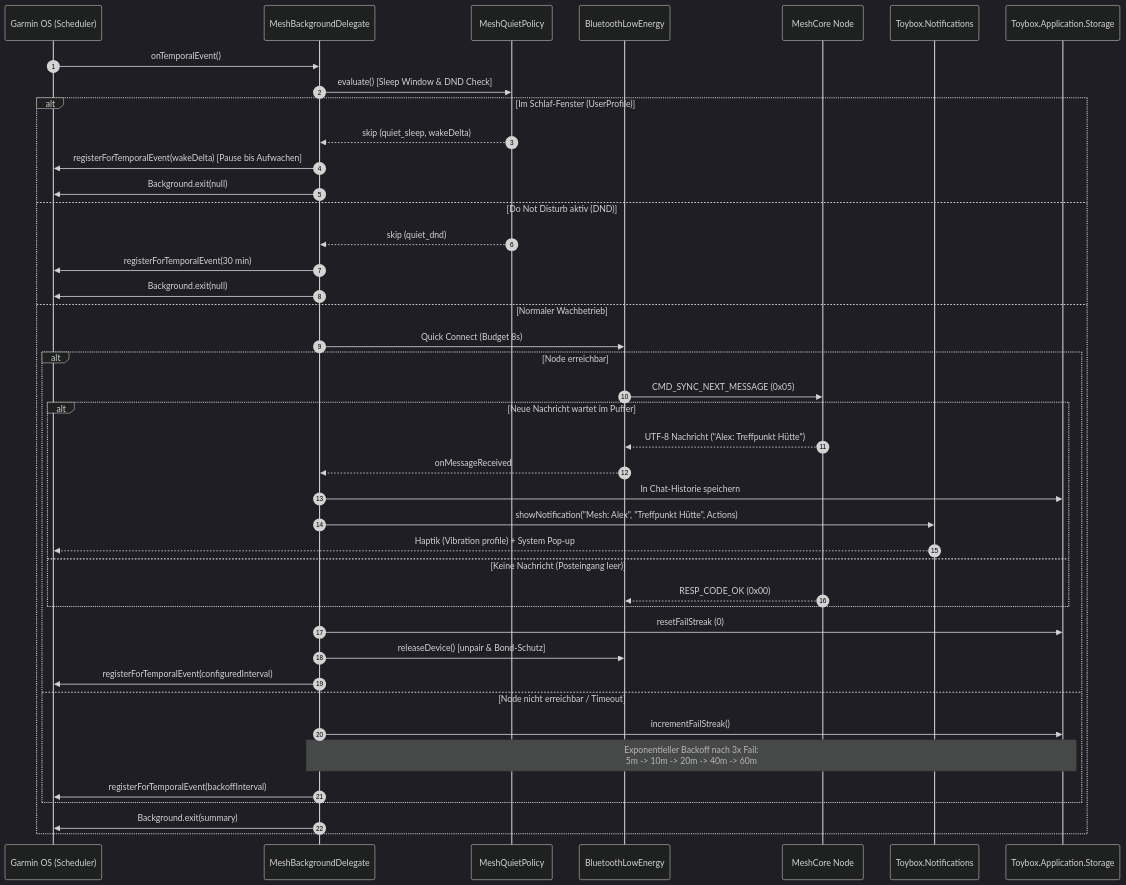
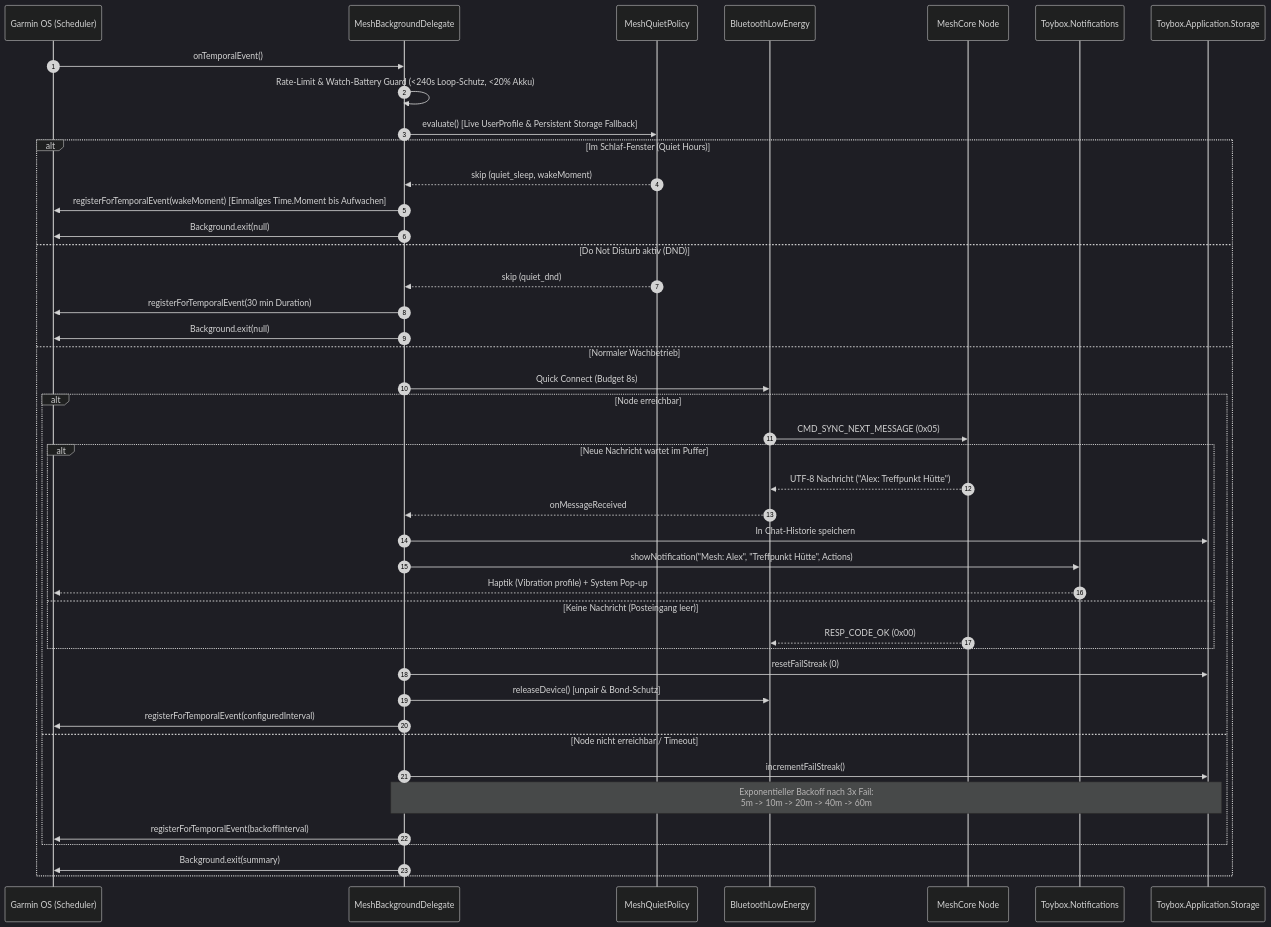
One commit to cybye/ComOn changed the third of 6 diagrams in docs/architecture_arc42.md. Above: the diagram before and after it, drawn with Mermaid (dark theme). The commit also changed other lines of this file and 14 other files, not shown here.

````diff
--- a/docs/architecture_arc42.md
+++ b/docs/architecture_arc42.md
@@ -169,45 +169,46 @@
 ```mermaid
 sequenceDiagram
     autonumber
     participant OS as Garmin OS (Scheduler)
     participant BG as MeshBackgroundDelegate
     participant QP as MeshQuietPolicy
     participant BLE as BluetoothLowEnergy
     participant Node as MeshCore Node
     participant Notif as Toybox.Notifications
     participant Stor as Toybox.Application.Storage
 
     OS->>BG: onTemporalEvent()
-    BG->>QP: evaluate() [Sleep Window & DND Check]
-    alt Im Schlaf-Fenster (UserProfile)
-        QP-->>BG: skip (quiet_sleep, wakeDelta)
-        BG->>OS: registerForTemporalEvent(wakeDelta) [Pause bis Aufwachen]
+    BG->>BG: Rate-Limit & Watch-Battery Guard (<240s Loop-Schutz, <20% Akku)
+    BG->>QP: evaluate() [Live UserProfile & Persistent Storage Fallback]
+    alt Im Schlaf-Fenster (Quiet Hours)
+        QP-->>BG: skip (quiet_sleep, wakeMoment)
+        BG->>OS: registerForTemporalEvent(wakeMoment) [Einmaliges Time.Moment bis Aufwachen]
         BG->>OS: Background.exit(null)
     else Do Not Disturb aktiv (DND)
         QP-->>BG: skip (quiet_dnd)
-        BG->>OS: registerForTemporalEvent(30 min)
+        BG->>OS: registerForTemporalEvent(30 min Duration)
         BG->>OS: Background.exit(null)
     else Normaler Wachbetrieb
         BG->>BLE: Quick Connect (Budget 8s)
         alt Node erreichbar
             BLE->>Node: CMD_SYNC_NEXT_MESSAGE (0x05)
             alt Neue Nachricht wartet im Puffer
                 Node-->>BLE: UTF-8 Nachricht ("Alex: Treffpunkt Hütte")
                 BLE-->>BG: onMessageReceived
                 BG->>Stor: In Chat-Historie speichern
                 BG->>Notif: showNotification("Mesh: Alex", "Treffpunkt Hütte", Actions)
                 Notif-->>OS: Haptik (Vibration profile) + System Pop-up
             else Keine Nachricht (Posteingang leer)
                 Node-->>BLE: RESP_CODE_OK (0x00)
             end
             BG->>Stor: resetFailStreak (0)
             BG->>BLE: releaseDevice() [unpair & Bond-Schutz]
             BG->>OS: registerForTemporalEvent(configuredInterval)
         else Node nicht erreichbar / Timeout
             BG->>Stor: incrementFailStreak()
             Note over BG,Stor: Exponentieller Backoff nach 3x Fail:<br/>5m -> 10m -> 20m -> 40m -> 60m
             BG->>OS: registerForTemporalEvent(backoffInterval)
         end
         BG->>OS: Background.exit(summary)
     end
 ```
````
